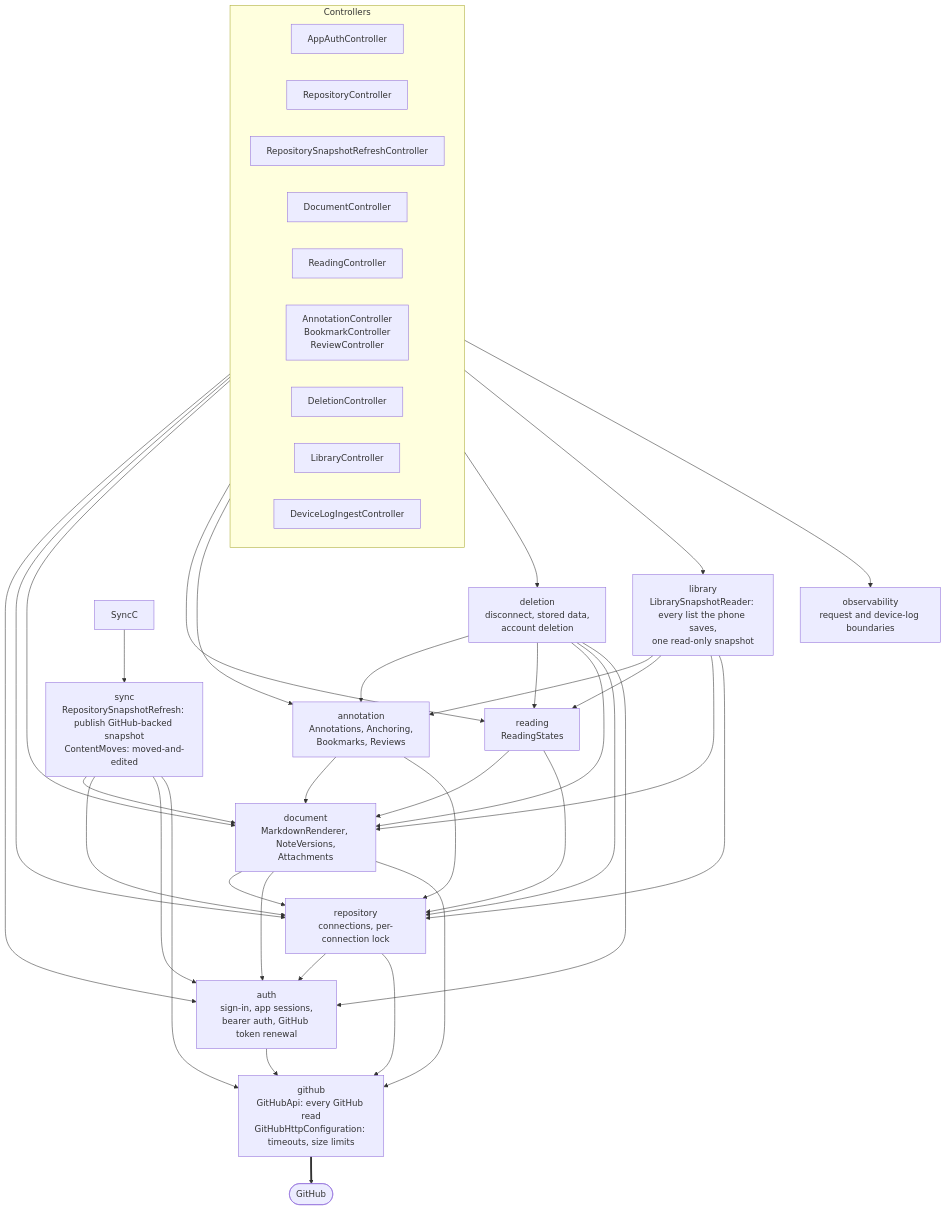
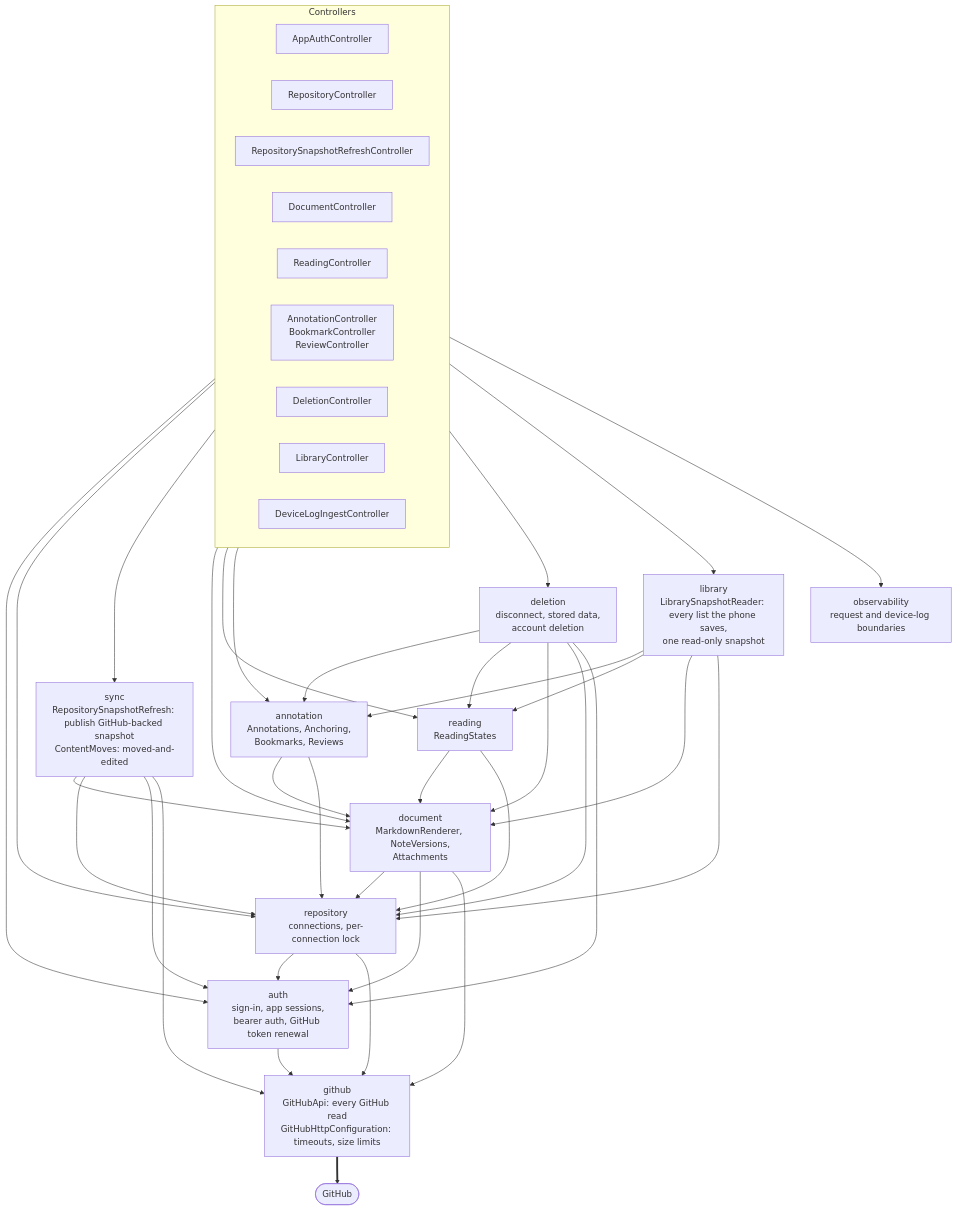
One commit to jaxwong/reporead changed the third of 12 diagrams in docs/architecture.md. Above: the diagram before and after it, drawn with Mermaid. The commit also changed other lines of this file, not shown here.

Commit message:
Stamp architecture.md with the commit it was checked against and fix a diagram edge
The header named a branch and PR #83; main has moved well past both, and
the body already describes V17. The package diagram drew its sync edge from
SyncC, which is not a node (the controller is SnapshotRefreshC), so Mermaid
rendered a stray unlinked node.

````diff
--- a/docs/architecture.md
+++ b/docs/architecture.md
@@ -95,62 +95,62 @@
 ```mermaid
 flowchart TB
     subgraph HTTP["Controllers"]
         direction LR
         AuthC["AppAuthController"]
         RepoC["RepositoryController"]
         SnapshotRefreshC["RepositorySnapshotRefreshController"]
         DocC["DocumentController"]
         ReadC["ReadingController"]
         AnnC["AnnotationController<br/>BookmarkController<br/>ReviewController"]
         DelC["DeletionController"]
         LibC["LibraryController"]
         LogC["DeviceLogIngestController"]
     end
 
     deletion["deletion<br/>disconnect, stored data,<br/>account deletion"]
     observability["observability<br/>request and device-log boundaries"]
     library["library<br/>LibrarySnapshotReader: every list the phone saves,<br/>one read-only snapshot"]
     sync["sync<br/>RepositorySnapshotRefresh: publish GitHub-backed snapshot<br/>ContentMoves: moved-and-edited"]
     annotation["annotation<br/>Annotations, Anchoring,<br/>Bookmarks, Reviews"]
     reading["reading<br/>ReadingStates"]
     document["document<br/>MarkdownRenderer, NoteVersions,<br/>Attachments"]
     repository["repository<br/>connections, per-connection lock"]
     auth["auth<br/>sign-in, app sessions,<br/>bearer auth, GitHub token renewal"]
     github["github<br/>GitHubApi: every GitHub read<br/>GitHubHttpConfiguration: timeouts, size limits"]
 
     AuthC --> auth
     RepoC --> repository
-    SyncC --> sync
+    SnapshotRefreshC --> sync
     DocC --> document
     ReadC --> reading
     AnnC --> annotation
     DelC --> deletion
     LibC --> library
     LogC --> observability
 
     deletion --> annotation
     deletion --> reading
     deletion --> document
     deletion --> repository
     deletion --> auth
     library --> annotation
     library --> reading
     library --> document
     library --> repository
     sync --> document
     sync --> repository
     sync --> auth
     sync --> github
     annotation --> document
     annotation --> repository
     reading --> document
     reading --> repository
     document --> repository
     document --> auth
     document --> github
     repository --> auth
     repository --> github
     auth --> github
 
     github ==> GH(["GitHub"])
 ```
````
